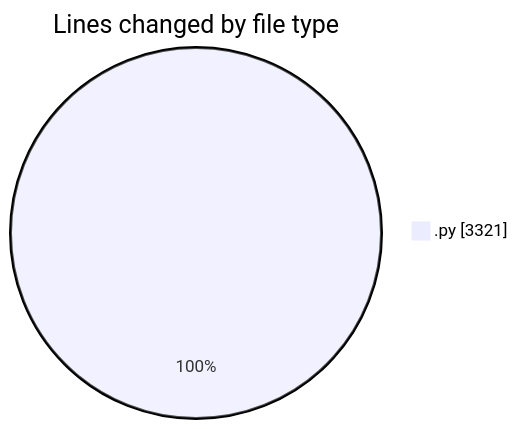
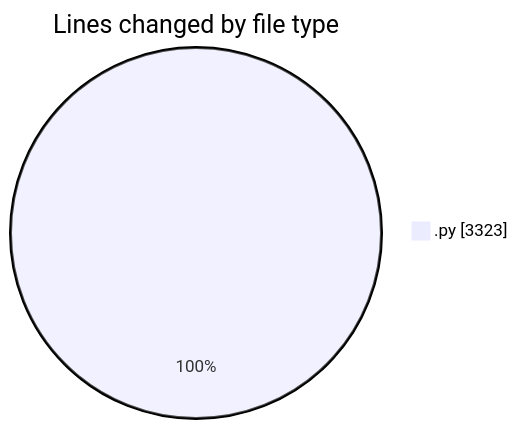
Before and after one commit to julien-gomy/code-tracking: the first of 2 diagrams in 2025-11-19/eventscop-api-guide__workspace_/README.md, drawn with Mermaid. The commit also changed other lines of this file and 1 other file, not shown here.

````diff
--- a/2025-11-19/eventscop-api-guide__workspace_/README.md
+++ b/2025-11-19/eventscop-api-guide__workspace_/README.md
@@ -25,5 +25,5 @@
 ```mermaid
 pie showData
 title Lines changed by file type
-".py" : 3321
+".py" : 3323
 ```
````
